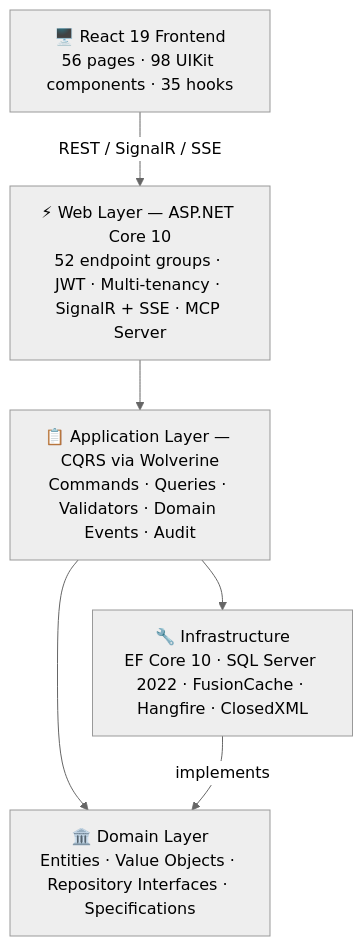
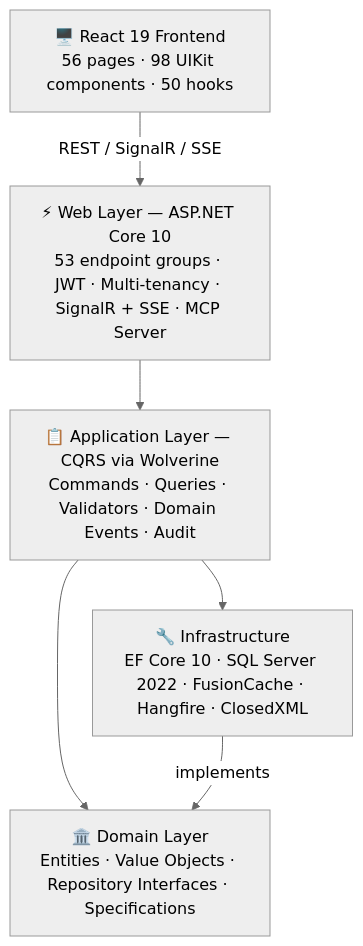
The diagram in README.md (NOIR-Solution/NOIR), drawn with Mermaid (neutral theme) before and after one commit. The commit also changed other lines of this file and 14 other files, not shown here.

````diff
--- a/README.md
+++ b/README.md
@@ -40,14 +40,14 @@
 ```mermaid
 flowchart TB
-    FE["🖥️ React 19 Frontend<br/>56 pages · 98 UIKit components · 35 hooks"]
-    WEB["⚡ Web Layer — ASP.NET Core 10<br/>52 endpoint groups · JWT · Multi-tenancy · SignalR + SSE · MCP Server"]
+    FE["🖥️ React 19 Frontend<br/>56 pages · 98 UIKit components · 50 hooks"]
+    WEB["⚡ Web Layer — ASP.NET Core 10<br/>53 endpoint groups · JWT · Multi-tenancy · SignalR + SSE · MCP Server"]
     APP["📋 Application Layer — CQRS via Wolverine<br/>Commands · Queries · Validators · Domain Events · Audit"]
     DOM["🏛️ Domain Layer<br/>Entities · Value Objects · Repository Interfaces · Specifications"]
     INF["🔧 Infrastructure<br/>EF Core 10 · SQL Server 2022 · FusionCache · Hangfire · ClosedXML"]
 
     FE -->|REST / SignalR / SSE| WEB
     WEB --> APP
     APP --> DOM
     APP --> INF
     INF -->|implements| DOM
 ```
````
